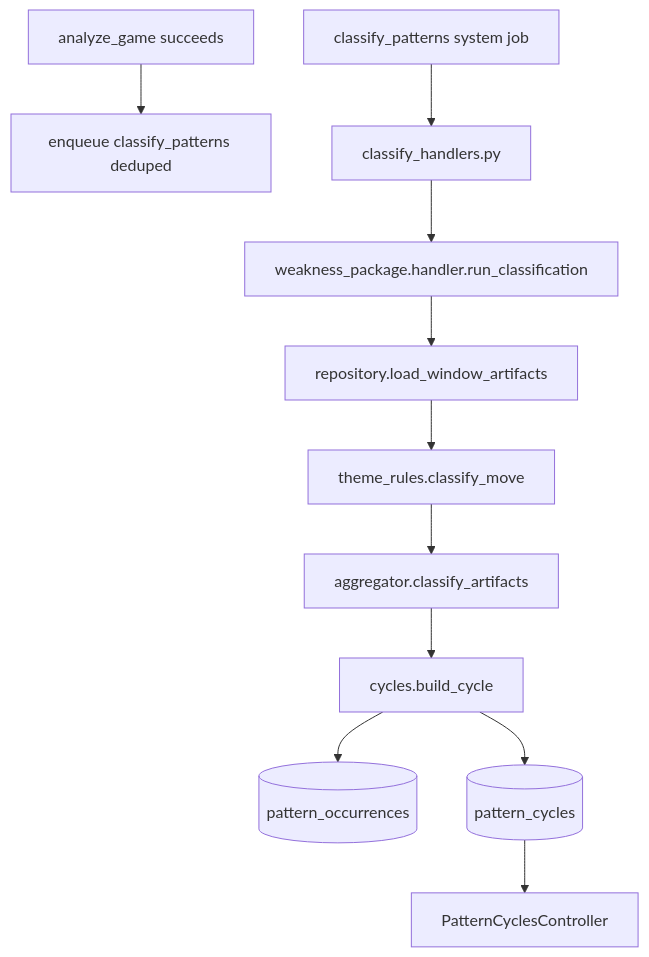
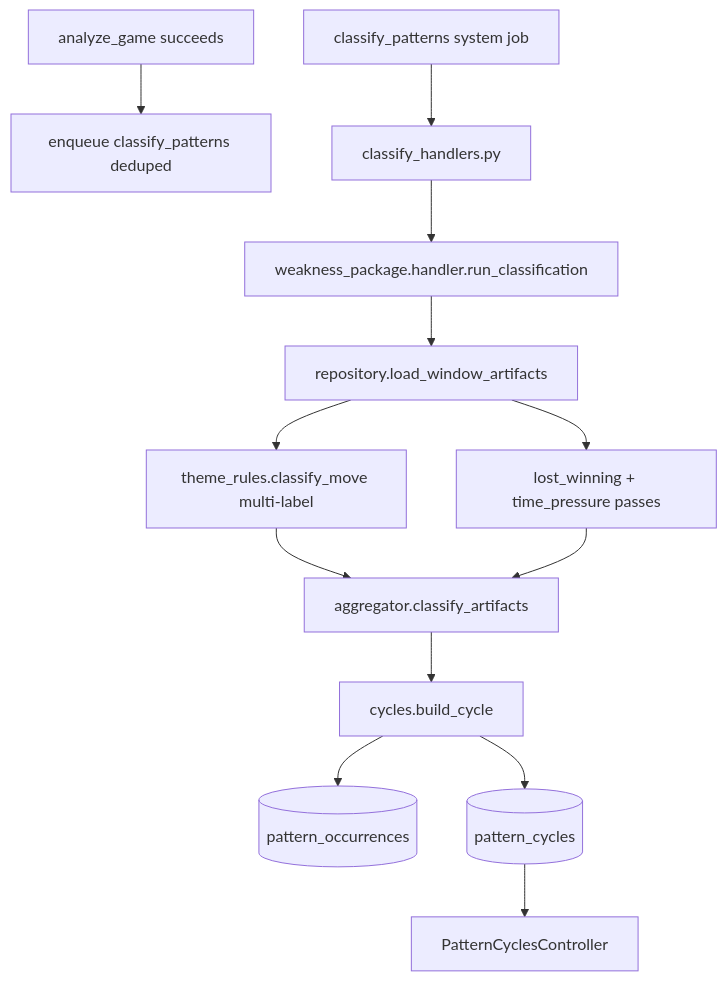
The diagram in docs/weakness-classifier-engine.md (n8rzz/chess-mentor), drawn with Mermaid before and after one commit. The commit also changed other lines of this file and 27 other files, not shown here.

First line of the commit message:
Ship theme classifier v1.1 with multi-label diagnoses and confidence.

````diff
--- a/docs/weakness-classifier-engine.md
+++ b/docs/weakness-classifier-engine.md
@@ -19,13 +22,15 @@
 ```mermaid
 flowchart TD
     Analyze[analyze_game succeeds] --> Enqueue[enqueue classify_patterns deduped]
     Job[classify_patterns system job] --> Handler[classify_handlers.py]
     Handler --> Run[weakness_package.handler.run_classification]
     Run --> Load[repository.load_window_artifacts]
-    Load --> Rules[theme_rules.classify_move]
+    Load --> Rules[theme_rules.classify_move multi-label]
+    Load --> Episodes[lost_winning + time_pressure passes]
     Rules --> Agg[aggregator.classify_artifacts]
+    Episodes --> Agg
     Agg --> Cycles[cycles.build_cycle]
     Cycles --> WE[(pattern_occurrences)]
     Cycles --> WC[(pattern_cycles)]
     WC --> UI[PatternCyclesController]
 ```
````
